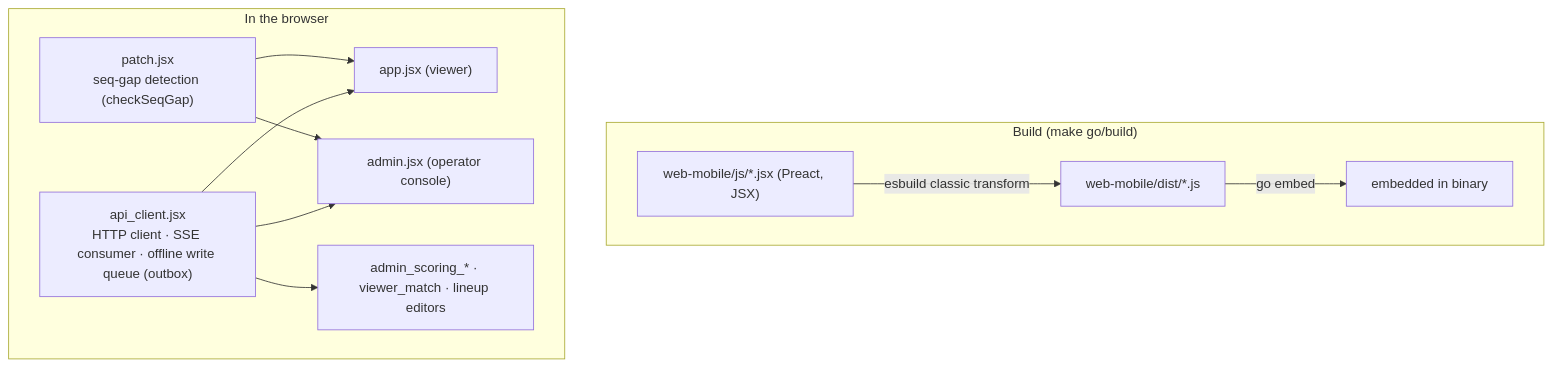
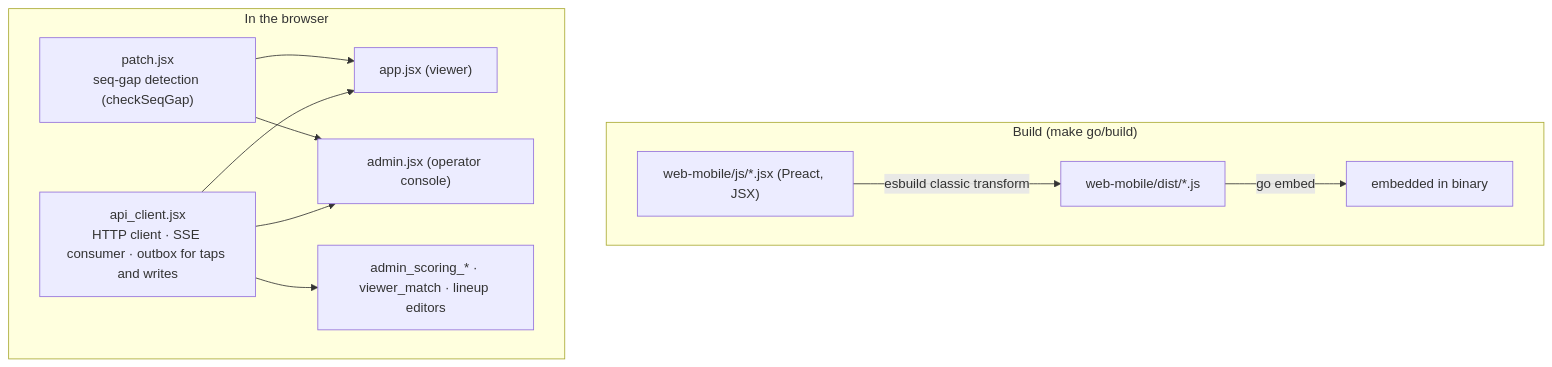
The eighth of 8 diagrams in docs/architecture/software-architecture.md (gitrgoliveira/bracket-creator), drawn with Mermaid before and after one commit. The commit also changed other lines of this file and 9 other files, not shown here.

````diff
--- a/docs/architecture/software-architecture.md
+++ b/docs/architecture/software-architecture.md
@@ -183,16 +218,16 @@
 ```mermaid
 flowchart TB
     subgraph build["Build (make go/build)"]
         jsx["web-mobile/js/*.jsx (Preact, JSX)"] -->|esbuild classic transform| dist["web-mobile/dist/*.js"]
         dist -->|go embed| binemb["embedded in binary"]
     end
     subgraph runtime["In the browser"]
-        api["api_client.jsx<br/>HTTP client · SSE consumer · offline write queue (outbox)"]
+        api["api_client.jsx<br/>HTTP client · SSE consumer · outbox for taps and writes"]
         appc["app.jsx (viewer)"]
         adminc["admin.jsx (operator console)"]
         patch["patch.jsx<br/>seq-gap detection (checkSeqGap)"]
         editors["admin_scoring_* · viewer_match · lineup editors"]
         api --> appc & adminc & editors
         patch --> appc & adminc
     end
 ```
````
